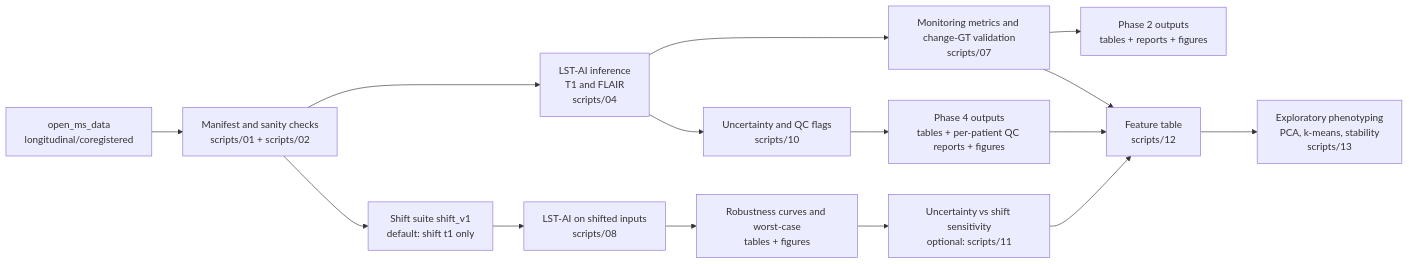
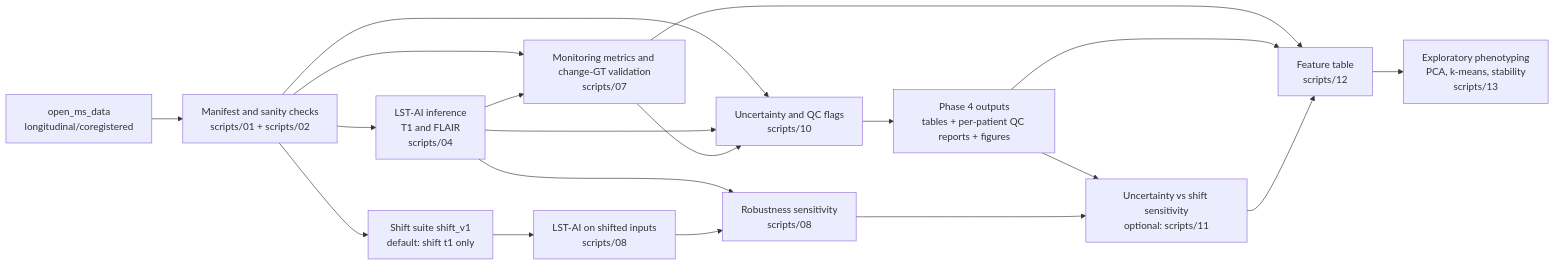
One commit to youzi-forge/ms-lam changed the diagram in README.md. Above: the diagram before and after it, drawn with Mermaid. The commit also changed other lines of this file and 2 other files, not shown here.

Commit message:
feat: add CI workflow and license file

````diff
--- a/README.md
+++ b/README.md
@@ -118,20 +120,25 @@
 ```mermaid
 flowchart LR
   A[open_ms_data<br/>longitudinal/coregistered] --> B[Manifest and sanity checks<br/>scripts/01 + scripts/02]
   B --> C[LST-AI inference<br/>T1 and FLAIR<br/>scripts/04]
-  C --> D[Monitoring metrics and change-GT validation<br/>scripts/07]
-  D --> D1[Phase 2 outputs<br/>tables + reports + figures]
+  B --> D[Monitoring metrics and change-GT validation<br/>scripts/07]
+  C --> D
 
   B --> E[Shift suite shift_v1<br/>default: shift t1 only]
   E --> F[LST-AI on shifted inputs<br/>scripts/08]
-  F --> G[Robustness curves and worst-case<br/>tables + figures]
+  C --> G[Robustness sensitivity<br/>scripts/08]
+  F --> G
 
-  C --> H[Uncertainty and QC flags<br/>scripts/10]
+  B --> H[Uncertainty and QC flags<br/>scripts/10]
+  C --> H
+  D --> H
   H --> I[Phase 4 outputs<br/>tables + per-patient QC reports + figures]
-  G --> J[Uncertainty vs shift sensitivity<br/>optional: scripts/11]
+
+  I --> J[Uncertainty vs shift sensitivity<br/>optional: scripts/11]
+  G --> J
 
   D --> K[Feature table<br/>scripts/12]
   I --> K
   J --> K
   K --> L[Exploratory phenotyping<br/>PCA, k-means, stability<br/>scripts/13]
 ```
````
